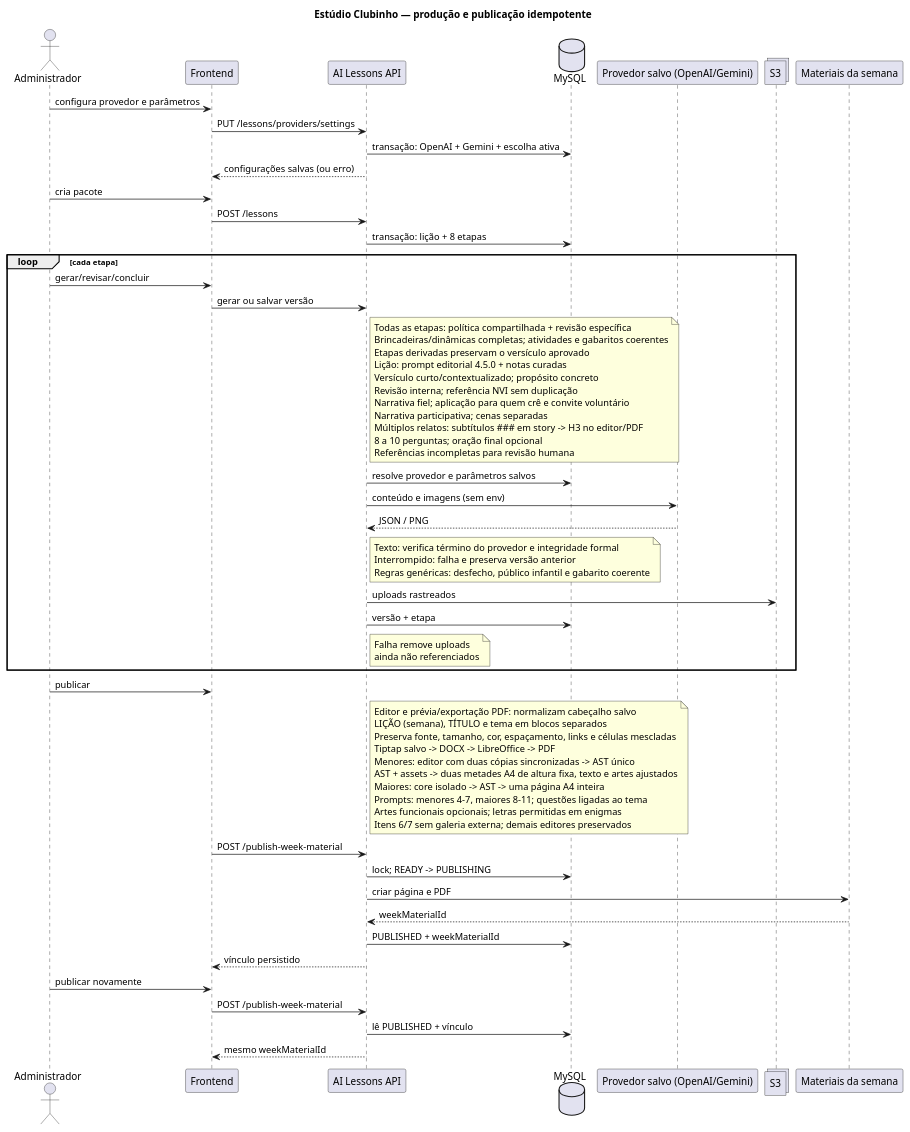
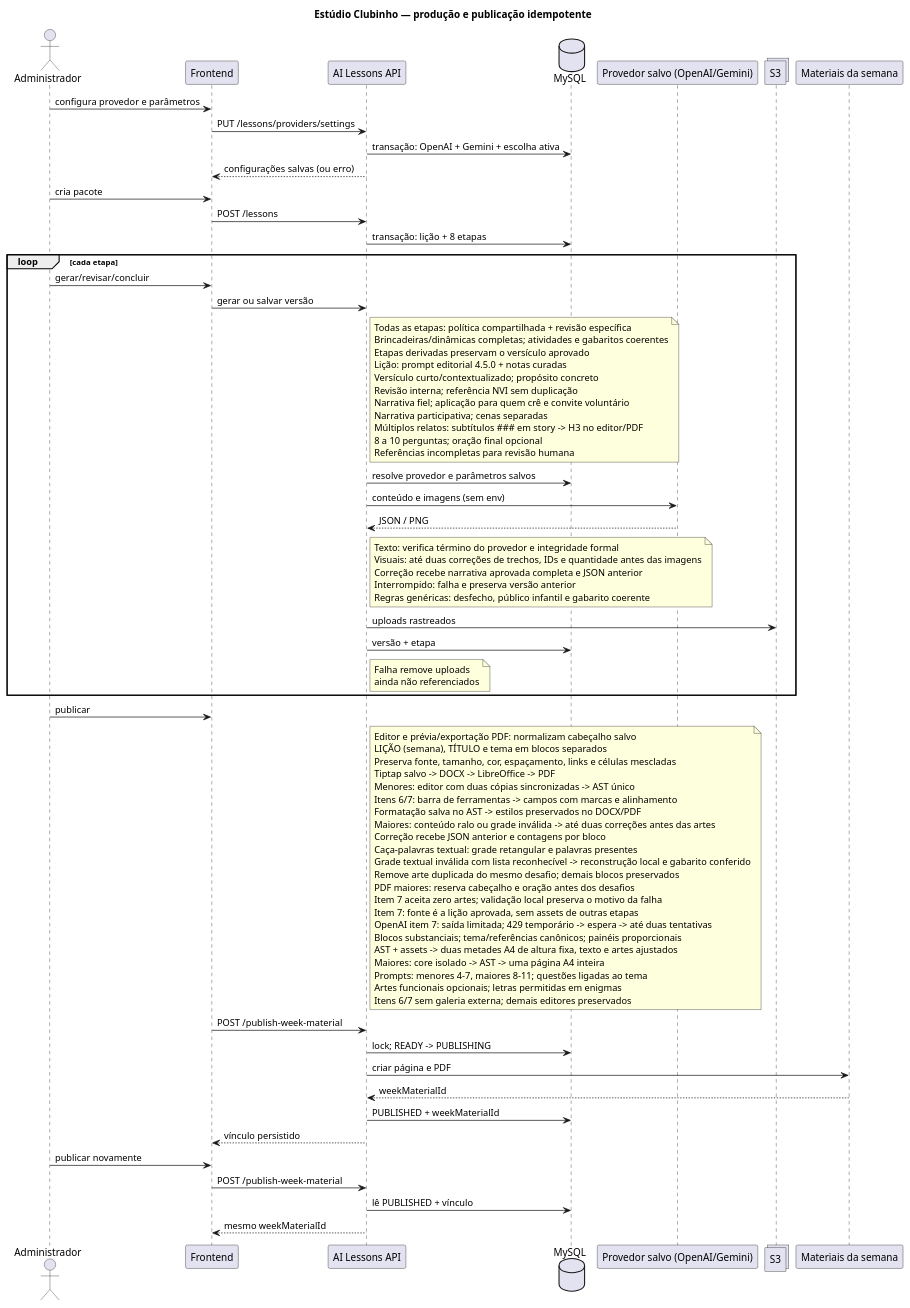
The diagram in docs/diagrams/flow/ai-lessons/ai-lessons-flow.puml (ministerioclubinhos/clubinhonib-api), drawn with PlantUML before and after one commit. The commit also changed 36 other files, not shown here.

```diff
--- a/docs/diagrams/flow/ai-lessons/ai-lessons-flow.puml
+++ b/docs/diagrams/flow/ai-lessons/ai-lessons-flow.puml
@@ -1,76 +1,90 @@
 @startuml
 title Estúdio Clubinho — produção e publicação idempotente
 actor Administrador
 participant Frontend
 participant "AI Lessons API" as API
 database MySQL
 participant "Provedor salvo (OpenAI/Gemini)" as OpenAI
 collections S3
 participant "Materiais da semana" as Week
 
 Administrador -> Frontend: configura provedor e parâmetros
 Frontend -> API: PUT /lessons/providers/settings
 API -> MySQL: transação: OpenAI + Gemini + escolha ativa
 API --> Frontend: configurações salvas (ou erro)
 
 Administrador -> Frontend: cria pacote
 Frontend -> API: POST /lessons
 API -> MySQL: transação: lição + 8 etapas
 
 loop cada etapa
   Administrador -> Frontend: gerar/revisar/concluir
   Frontend -> API: gerar ou salvar versão
   note right of API
     Todas as etapas: política compartilhada + revisão específica
     Brincadeiras/dinâmicas completas; atividades e gabaritos coerentes
     Etapas derivadas preservam o versículo aprovado
     Lição: prompt editorial 4.5.0 + notas curadas
     Versículo curto/contextualizado; propósito concreto
     Revisão interna; referência NVI sem duplicação
     Narrativa fiel; aplicação para quem crê e convite voluntário
     Narrativa participativa; cenas separadas
     Múltiplos relatos: subtítulos ### em story -> H3 no editor/PDF
     8 a 10 perguntas; oração final opcional
     Referências incompletas para revisão humana
   end note
   API -> MySQL: resolve provedor e parâmetros salvos
   API -> OpenAI: conteúdo e imagens (sem env)
   OpenAI --> API: JSON / PNG
   note right of API
     Texto: verifica término do provedor e integridade formal
+    Visuais: até duas correções de trechos, IDs e quantidade antes das imagens
+    Correção recebe narrativa aprovada completa e JSON anterior
     Interrompido: falha e preserva versão anterior
     Regras genéricas: desfecho, público infantil e gabarito coerente
   end note
   API -> S3: uploads rastreados
   API -> MySQL: versão + etapa
   note right of API
     Falha remove uploads
     ainda não referenciados
   end note
 end
 
 Administrador -> Frontend: publicar
 note right of API
   Editor e prévia/exportação PDF: normalizam cabeçalho salvo
   LIÇÃO (semana), TÍTULO e tema em blocos separados
   Preserva fonte, tamanho, cor, espaçamento, links e células mescladas
   Tiptap salvo -> DOCX -> LibreOffice -> PDF
   Menores: editor com duas cópias sincronizadas -> AST único
+  Itens 6/7: barra de ferramentas -> campos com marcas e alinhamento
+  Formatação salva no AST -> estilos preservados no DOCX/PDF
+  Maiores: conteúdo ralo ou grade inválida -> até duas correções antes das artes
+  Correção recebe JSON anterior e contagens por bloco
+  Caça-palavras textual: grade retangular e palavras presentes
+  Grade textual inválida com lista reconhecível -> reconstrução local e gabarito conferido
+  Remove arte duplicada do mesmo desafio; demais blocos preservados
+  PDF maiores: reserva cabeçalho e oração antes dos desafios
+  Item 7 aceita zero artes; validação local preserva o motivo da falha
+  Item 7: fonte é a lição aprovada, sem assets de outras etapas
+  OpenAI item 7: saída limitada; 429 temporário -> espera -> até duas tentativas
+  Blocos substanciais; tema/referências canônicos; painéis proporcionais
   AST + assets -> duas metades A4 de altura fixa, texto e artes ajustados
   Maiores: core isolado -> AST -> uma página A4 inteira
   Prompts: menores 4-7, maiores 8-11; questões ligadas ao tema
   Artes funcionais opcionais; letras permitidas em enigmas
   Itens 6/7 sem galeria externa; demais editores preservados
 end note
 Frontend -> API: POST /publish-week-material
 API -> MySQL: lock; READY -> PUBLISHING
 API -> Week: criar página e PDF
 Week --> API: weekMaterialId
 API -> MySQL: PUBLISHED + weekMaterialId
 API --> Frontend: vínculo persistido
 
 Administrador -> Frontend: publicar novamente
 Frontend -> API: POST /publish-week-material
 API -> MySQL: lê PUBLISHED + vínculo
 API --> Frontend: mesmo weekMaterialId
 @enduml
```
